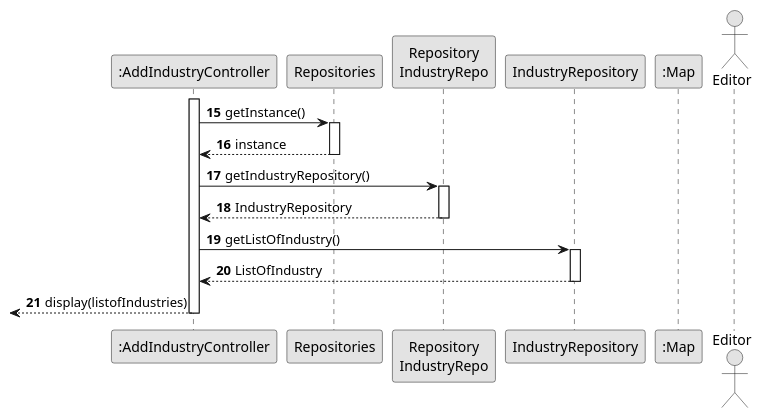
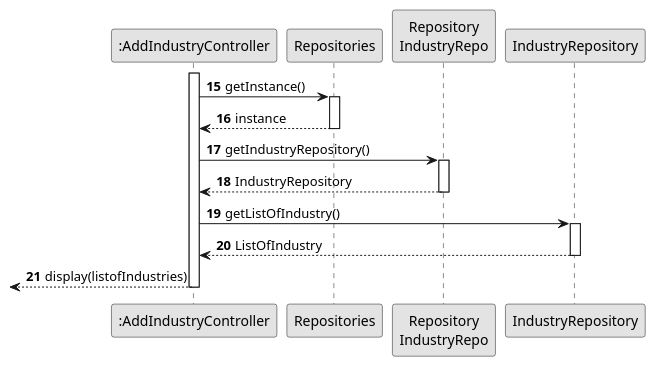
One commit to 1240826/empire-on-tracks changed the diagram in docs/system-documentation/US002/03.design/puml/US002-SD-partial-list-of-available-Industries.puml. Above: the diagram before and after it, drawn with PlantUML. The commit also changed 13 other files, not shown here.

```diff
--- a/docs/system-documentation/US002/03.design/puml/US002-SD-partial-list-of-available-Industries.puml
+++ b/docs/system-documentation/US002/03.design/puml/US002-SD-partial-list-of-available-Industries.puml
@@ -1,36 +1,35 @@
 @startuml
 skinparam monochrome true
 skinparam packageStyle rectangle
 skinparam shadowing false
 
 participant ":AddIndustryController"   as CTRL
 participant "Repositories"            as REPOS
 participant "Repository\nIndustryRepo" as FACADE
 participant "IndustryRepository"      as REPO
-participant ":Map"                    as MAP
-actor      Editor
+
 
 autonumber 15
 
 
 activate CTRL
   CTRL -> REPOS      : getInstance()
   activate REPOS
   REPOS --> CTRL     : instance
   deactivate REPOS
 
   CTRL -> FACADE     : getIndustryRepository()
   activate FACADE
   FACADE --> CTRL    : IndustryRepository
   deactivate FACADE
 
   CTRL -> REPO       : getListOfIndustry()
   activate REPO
   REPO --> CTRL      : ListOfIndustry
   deactivate REPO
 
   <--CTRL      : display(listofIndustries)
 
   deactivate CTRL
 
 @enduml
```
